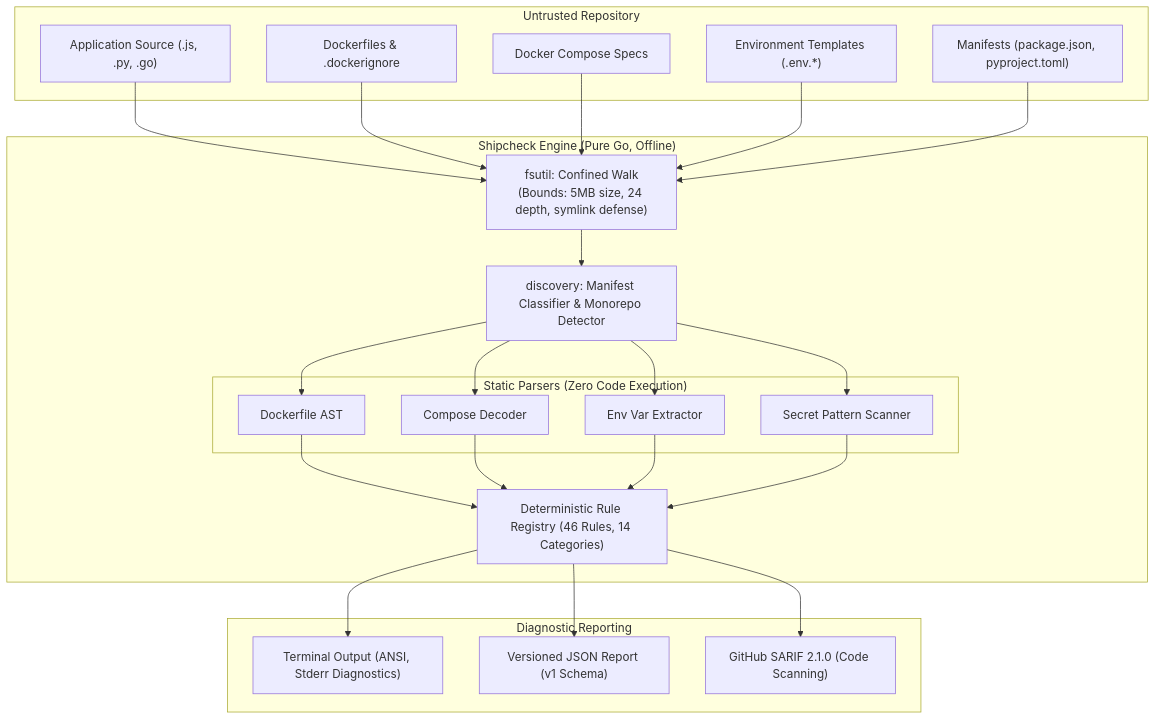
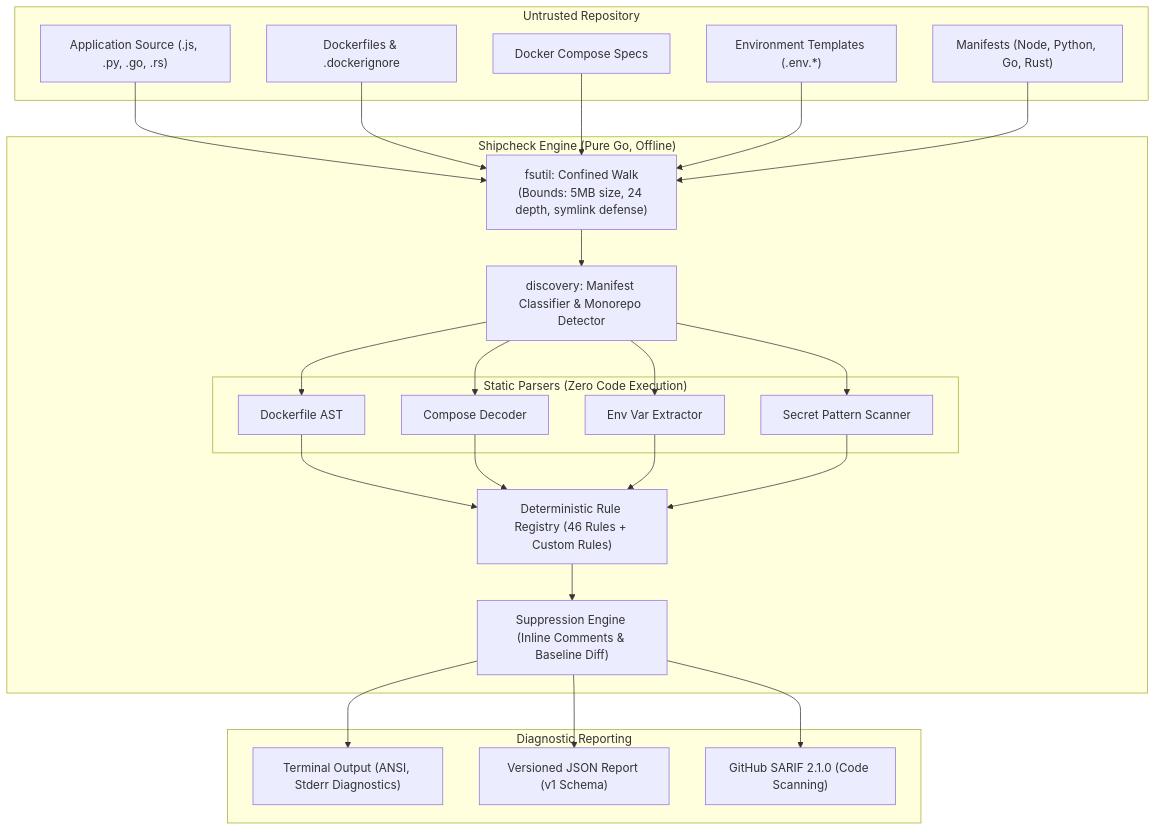
The diagram in README.md (deployxa/shipcheck), drawn with Mermaid before and after one commit. The commit also changed other lines of this file and 20 other files, not shown here.

Commit message:
feat: implement inline suppressions, baseline mode, custom rules, polyglot discovery, and distribution tooling

````diff
--- a/README.md
+++ b/README.md
@@ -54,51 +74,53 @@
 ```mermaid
 flowchart TD
     subgraph Input["Untrusted Repository"]
-        SRC["Application Source (.js, .py, .go)"]
+        SRC["Application Source (.js, .py, .go, .rs)"]
         DCK["Dockerfiles & .dockerignore"]
         CMP["Docker Compose Specs"]
         ENV["Environment Templates (.env.*)"]
-        PKG["Manifests (package.json, pyproject.toml)"]
+        PKG["Manifests (Node, Python, Go, Rust)"]
     end
 
     subgraph Core["Shipcheck Engine (Pure Go, Offline)"]
         FS["fsutil: Confined Walk<br/>(Bounds: 5MB size, 24 depth, symlink defense)"]
         DIS["discovery: Manifest Classifier & Monorepo Detector"]
         
         subgraph Parsers["Static Parsers (Zero Code Execution)"]
             P_DCK["Dockerfile AST"]
             P_CMP["Compose Decoder"]
             P_ENV["Env Var Extractor"]
             P_SEC["Secret Pattern Scanner"]
         end
 
-        RULES["Deterministic Rule Registry (46 Rules, 14 Categories)"]
+        RULES["Deterministic Rule Registry (46 Rules + Custom Rules)"]
+        SUP["Suppression Engine (Inline Comments & Baseline Diff)"]
     end
 
     subgraph Output["Diagnostic Reporting"]
         OUT_TXT["Terminal Output (ANSI, Stderr Diagnostics)"]
         OUT_JSON["Versioned JSON Report (v1 Schema)"]
         OUT_SARIF["GitHub SARIF 2.1.0 (Code Scanning)"]
     end
 
     SRC --> FS
     DCK --> FS
     CMP --> FS
     ENV --> FS
     PKG --> FS
 
     FS --> DIS
     DIS --> P_DCK
     DIS --> P_CMP
     DIS --> P_ENV
     DIS --> P_SEC
 
     P_DCK --> RULES
     P_CMP --> RULES
     P_ENV --> RULES
     P_SEC --> RULES
 
-    RULES --> OUT_TXT
-    RULES --> OUT_JSON
-    RULES --> OUT_SARIF
+    RULES --> SUP
+    SUP --> OUT_TXT
+    SUP --> OUT_JSON
+    SUP --> OUT_SARIF
 ```
````
